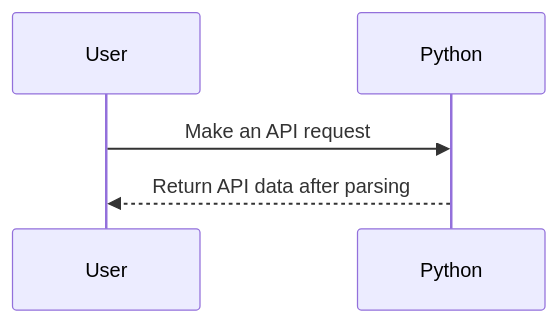
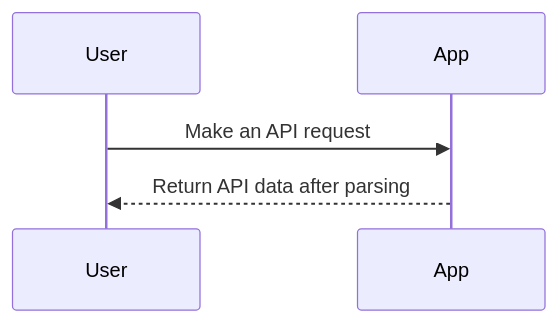
Before and after one commit to TeKrop/overfast-api: the third of 3 diagrams in README.md, drawn with Mermaid. The commit also changed other lines of this file and 132 other files, not shown here.

````diff
--- a/README.md
+++ b/README.md
@@ -227,6 +225,6 @@
 ```mermaid
 sequenceDiagram
     participant User
-    User->>Python: Make an API request
-    Python-->>User: Return API data after parsing
+    User->>App: Make an API request
+    App-->>User: Return API data after parsing
 ```
````
